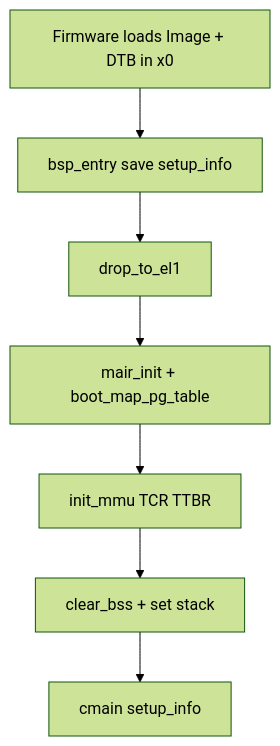
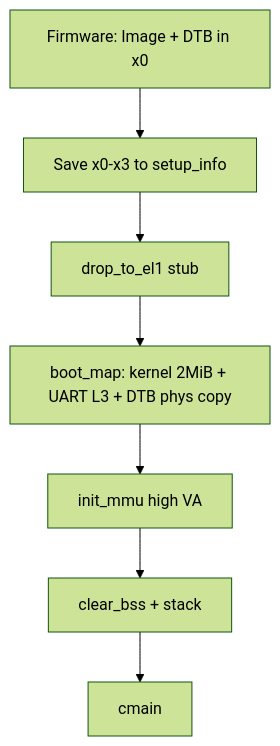
The first of 2 diagrams in docs/v0.1/full/01-启动与初始化/平台启动-aarch64.md (ZhiyuanSue/RendezvOS), drawn with Mermaid (forest theme) before and after one commit. The commit also changed other lines of this file and 49 other files, not shown here.

````diff
--- a/docs/v0.1/full/01-启动与初始化/平台启动-aarch64.md
+++ b/docs/v0.1/full/01-启动与初始化/平台启动-aarch64.md
@@ -91,9 +138,9 @@
 ```mermaid
 flowchart TD
-  A[Firmware loads Image + DTB in x0] --> B[bsp_entry save setup_info]
-  B --> C[drop_to_el1]
-  C --> D[mair_init + boot_map_pg_table]
-  D --> E[init_mmu TCR TTBR]
-  E --> F[clear_bss + set stack]
-  F --> G[cmain setup_info]
+  A[Firmware: Image + DTB in x0] --> B[Save x0-x3 to setup_info]
+  B --> C[drop_to_el1 stub]
+  C --> D[boot_map: kernel 2MiB + UART L3 + DTB phys copy]
+  D --> E[init_mmu high VA]
+  E --> F[clear_bss + stack]
+  F --> G[cmain]
 ```
````
